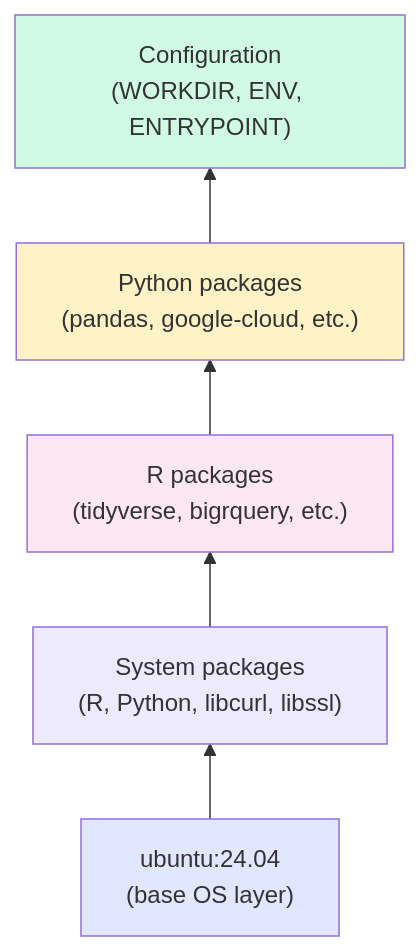
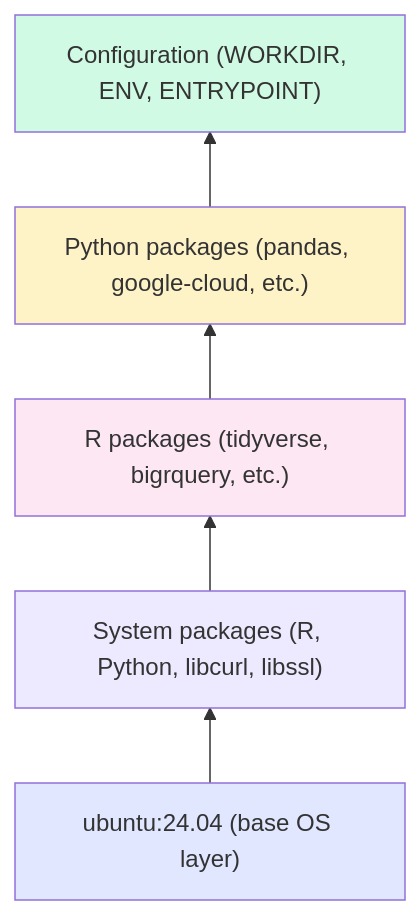
Before and after one commit to Ch3w3y/docker_gcp: the third of 7 diagrams in docs/docker-containers.md, drawn with Mermaid. The commit also changed other lines of this file and 10 other files, not shown here.

First line of the commit message:
Fix mermaid diagram rendering: replace literal \n with spaces

````diff
--- a/docs/docker-containers.md
+++ b/docs/docker-containers.md
@@ -159,16 +159,16 @@
 ```mermaid
 flowchart BT
-    L1["ubuntu:24.04\n(base OS layer)"]
-    L2["System packages\n(R, Python, libcurl, libssl)"]
-    L3["R packages\n(tidyverse, bigrquery, etc.)"]
-    L4["Python packages\n(pandas, google-cloud, etc.)"]
-    L5["Configuration\n(WORKDIR, ENV, ENTRYPOINT)"]
+    L1["ubuntu:24.04 (base OS layer)"]
+    L2["System packages (R, Python, libcurl, libssl)"]
+    L3["R packages (tidyverse, bigrquery, etc.)"]
+    L4["Python packages (pandas, google-cloud, etc.)"]
+    L5["Configuration (WORKDIR, ENV, ENTRYPOINT)"]
 
     L1 --> L2 --> L3 --> L4 --> L5
 
     style L1 fill:#e0e7ff
     style L2 fill:#ede9fe
     style L3 fill:#fce7f3
     style L4 fill:#fef3c7
     style L5 fill:#d1fae5
 ```
````
